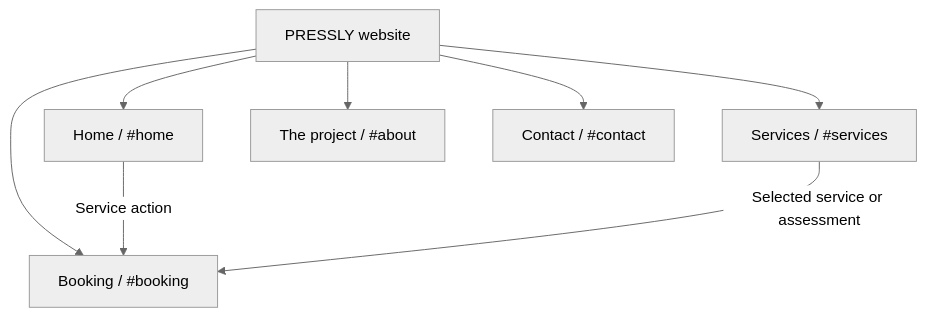
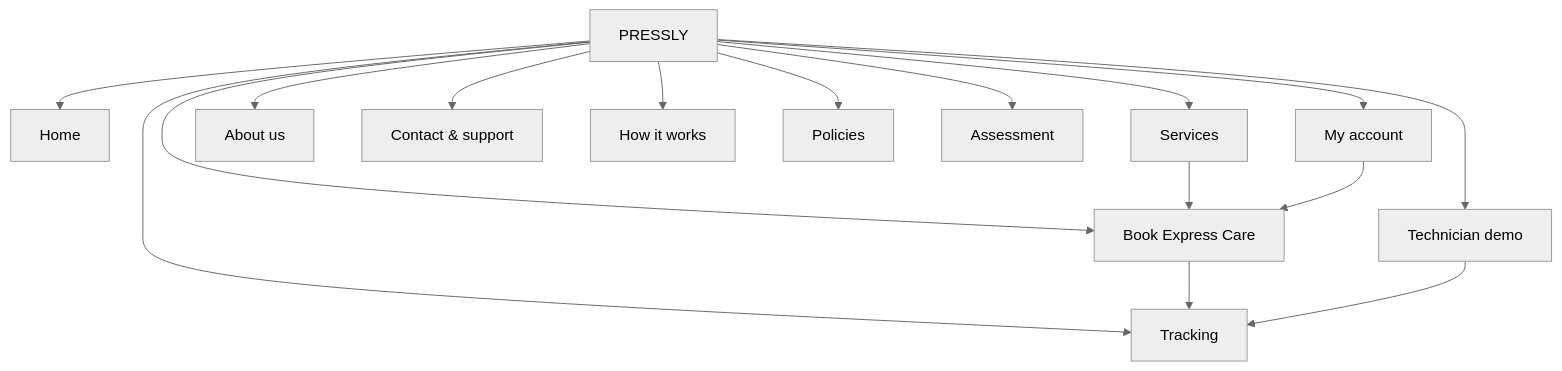
One commit to eshanas497-beep/pressly changed the first of 3 diagrams in public/design-specification.md. Above: the diagram before and after it, drawn with Mermaid (neutral theme). The commit also changed other lines of this file and 38 other files, not shown here.

Commit message:
Complete persistent customer and technician garment-care demo

````diff
--- a/public/design-specification.md
+++ b/public/design-specification.md
@@ -7,10 +7,19 @@
 ```mermaid
 flowchart TD
-  Site[PRESSLY website] --> Home[Home / #home]
-  Site --> Services[Services / #services]
-  Site --> Booking[Booking / #booking]
-  Site --> Project[The project / #about]
-  Site --> Contact[Contact / #contact]
-  Home -->|Service action| Booking
-  Services -->|Selected service or assessment| Booking
+  Site[PRESSLY]
+  Site --> home[Home]
+  Site --> services[Services]
+  Site --> booking[Book Express Care]
+  Site --> tracking[Tracking]
+  Site --> dashboard[My account]
+  Site --> technician[Technician demo]
+  Site --> about[About us]
+  Site --> contact[Contact & support]
+  Site --> how_it_works[How it works]
+  Site --> policies[Policies]
+  Site --> assessment[Assessment]
+  services --> booking
+  booking --> tracking
+  technician --> tracking
+  dashboard --> booking
 ```
````
